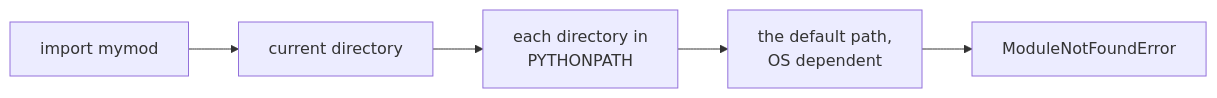
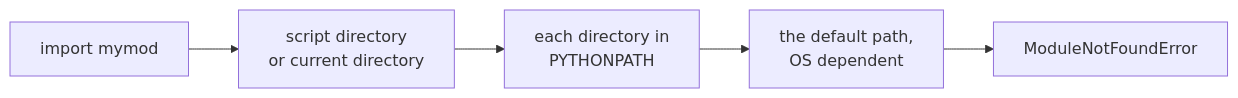
The diagram in src/slides/06-modules/06-modules.md (FeikoWielsma/courseWare-Python-Programming), drawn with Mermaid before and after one commit. The commit also changed other lines of this file, not shown here.

````diff
--- a/src/slides/06-modules/06-modules.md
+++ b/src/slides/06-modules/06-modules.md
@@ -101,7 +101,7 @@
 ```mermaid
 flowchart LR
-  A[import mymod] --> B[current directory]
+  A[import mymod] --> B[script directory<br/>or current directory]
   B --> C[each directory in<br/>PYTHONPATH]
   C --> D[the default path,<br/>OS dependent]
   D --> E[ModuleNotFoundError]
 ```
````
